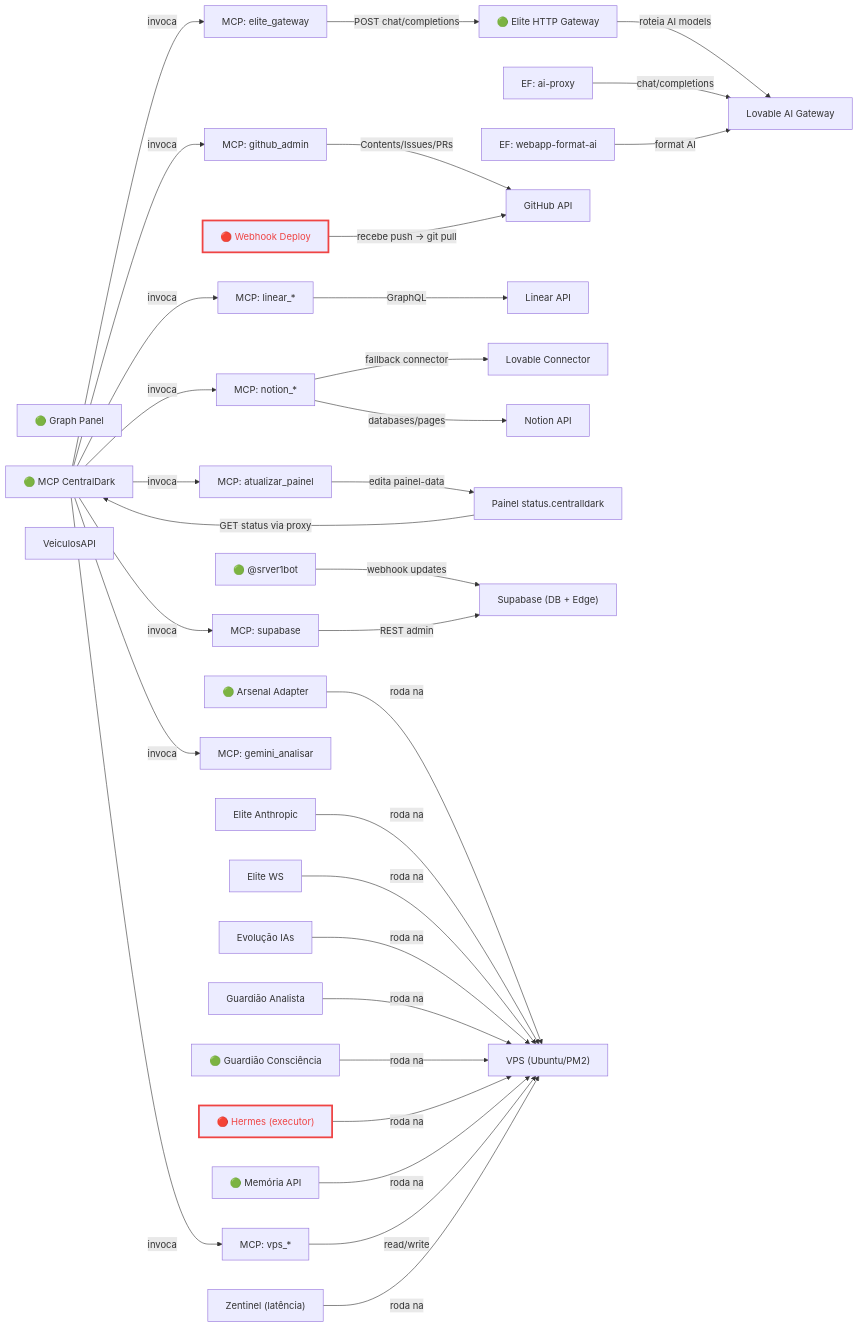
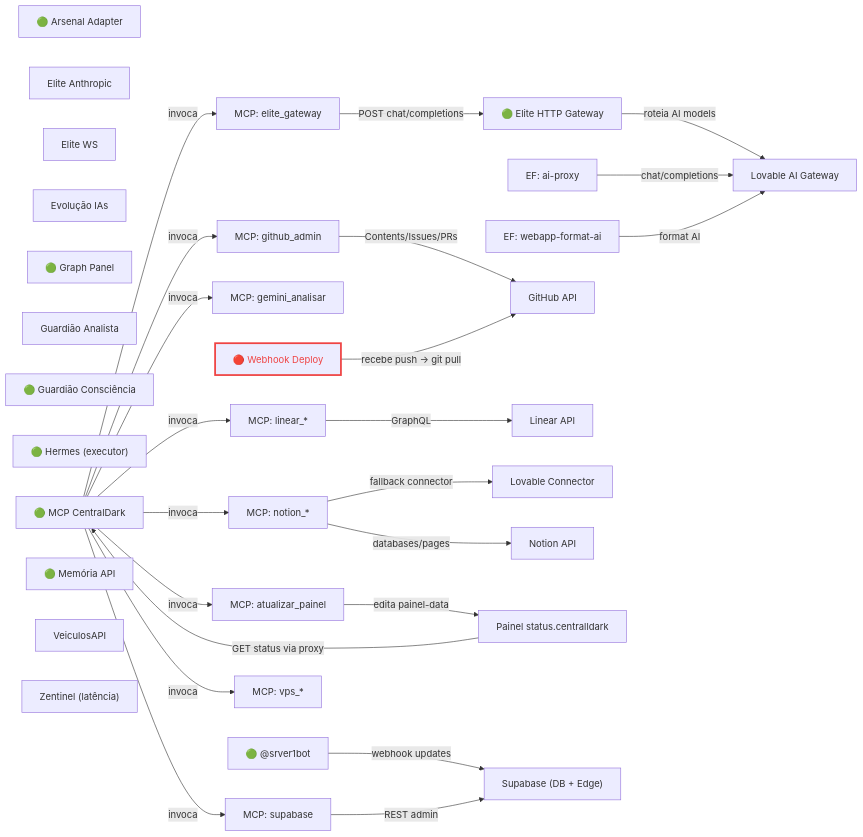
The diagram in docs/BRAIN/00 - Mapa do Sistema/GRAFO-VIVO.md (ServerVpss/CentralDark), drawn with Mermaid before and after one commit. The commit also changed other lines of this file and 12 other files, not shown here.

````diff
--- a/docs/BRAIN/00 - Mapa do Sistema/GRAFO-VIVO.md
+++ b/docs/BRAIN/00 - Mapa do Sistema/GRAFO-VIVO.md
@@ -23,69 +23,58 @@
 ```mermaid
 flowchart LR
     arsenaladapter["🟢 Arsenal Adapter"]
     bot_telegram["🟢 @srver1bot"]
     elite_http_gateway["🟢 Elite HTTP Gateway"]
     eliteanthropic["Elite Anthropic"]
     elitews["Elite WS"]
     evolucaoias["Evolução IAs"]
     fn_ai_proxy["EF: ai-proxy"]
     fn_webapp_format["EF: webapp-format-ai"]
     github_api["GitHub API"]
     graph_panel["🟢 Graph Panel"]
     guardiaoanalista["Guardião Analista"]
     guardiaoconsciencia["🟢 Guardião Consciência"]
-    hermes["🔴 Hermes (executor)"]
+    hermes["🟢 Hermes (executor)"]
     linear_api["Linear API"]
     lovable_connector["Lovable Connector"]
     lovable_gateway["Lovable AI Gateway"]
     mcp_server["🟢 MCP CentralDark"]
     memoria["🟢 Memória API"]
     notion_api["Notion API"]
     painel_status["Painel status.centralldark"]
     supabase["Supabase (DB + Edge)"]
     tool_elite["MCP: elite_gateway"]
     tool_gemini["MCP: gemini_analisar"]
     tool_github["MCP: github_admin"]
     tool_linear["MCP: linear_*"]
     tool_notion["MCP: notion_*"]
     tool_painel["MCP: atualizar_painel"]
     tool_supabase["MCP: supabase"]
     tool_vps["MCP: vps_*"]
     veiculosapi["VeiculosAPI"]
-    vps["VPS (Ubuntu/PM2)"]
     webhook_deploy["🔴 Webhook Deploy"]
     zentinel["Zentinel (latência)"]
-    arsenaladapter -->|roda na| vps
     bot_telegram -->|webhook updates| supabase
     elite_http_gateway -->|roteia AI models| lovable_gateway
-    eliteanthropic -->|roda na| vps
-    elitews -->|roda na| vps
-    evolucaoias -->|roda na| vps
     fn_ai_proxy -->|chat/completions| lovable_gateway
     fn_webapp_format -->|format AI| lovable_gateway
-    guardiaoanalista -->|roda na| vps
-    guardiaoconsciencia -->|roda na| vps
-    hermes -->|roda na| vps
     mcp_server -->|invoca| tool_elite
     mcp_server -->|invoca| tool_gemini
     mcp_server -->|invoca| tool_github
     mcp_server -->|invoca| tool_linear
     mcp_server -->|invoca| tool_notion
     mcp_server -->|invoca| tool_painel
     mcp_server -->|invoca| tool_supabase
     mcp_server -->|invoca| tool_vps
-    memoria -->|roda na| vps
     painel_status -->|GET status via proxy| mcp_server
     tool_elite -->|POST chat/completions| elite_http_gateway
     tool_github -->|Contents/Issues/PRs| github_api
     tool_linear -->|GraphQL| linear_api
     tool_notion -->|fallback connector| lovable_connector
     tool_notion -->|databases/pages| notion_api
     tool_painel -->|edita painel-data| painel_status
     tool_supabase -->|REST admin| supabase
-    tool_vps -->|read/write| vps
     webhook_deploy -->|recebe push → git pull| github_api
-    zentinel -->|roda na| vps
     classDef caido stroke:#ef4444,stroke-width:3px,color:#ef4444;
-    class hermes,webhook_deploy caido;
+    class webhook_deploy caido;
 ```
````
